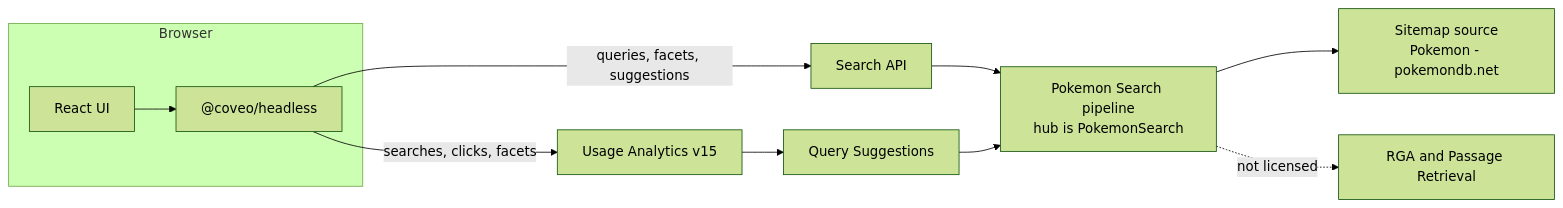
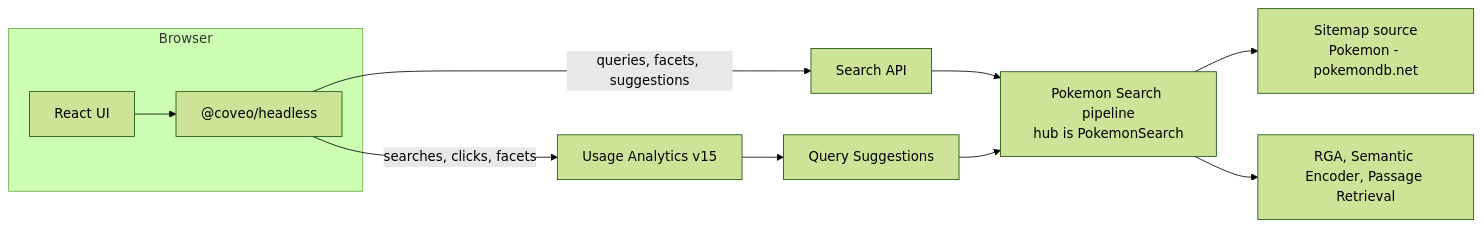
The diagram in README.md (midya8/coveo-pokemon-challenge), drawn with Mermaid (forest theme) before and after one commit. The commit also changed other lines of this file and 20 other files, not shown here.

First line of the commit message:
Migrate to Coveo's provisioned org; enable RGA, Passage Retrieval, Query Suggestions (#10)

````diff
--- a/README.md
+++ b/README.md
@@ -26,15 +26,15 @@
 ```mermaid
 flowchart LR
   subgraph browser [Browser]
     UI[React UI]
     HL["@coveo/headless"]
     UI --> HL
   end
   HL -->|queries, facets, suggestions| API[Search API]
   HL -->|searches, clicks, facets| UA[Usage Analytics v15]
   API --> Pipe["Pokemon Search pipeline<br/>hub is PokemonSearch"]
   Pipe --> Idx["Sitemap source<br/>Pokemon - pokemondb.net"]
   UA --> QS[Query Suggestions]
   QS --> Pipe
-  Pipe -.->|not licensed| Extra[RGA and Passage Retrieval]
+  Pipe --> ML["RGA, Semantic Encoder, Passage Retrieval"]
 ```
````
